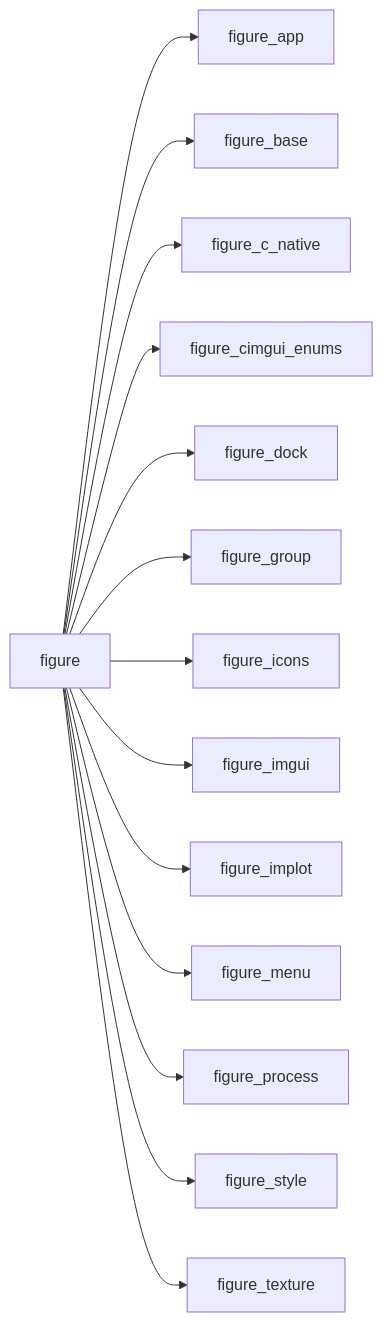
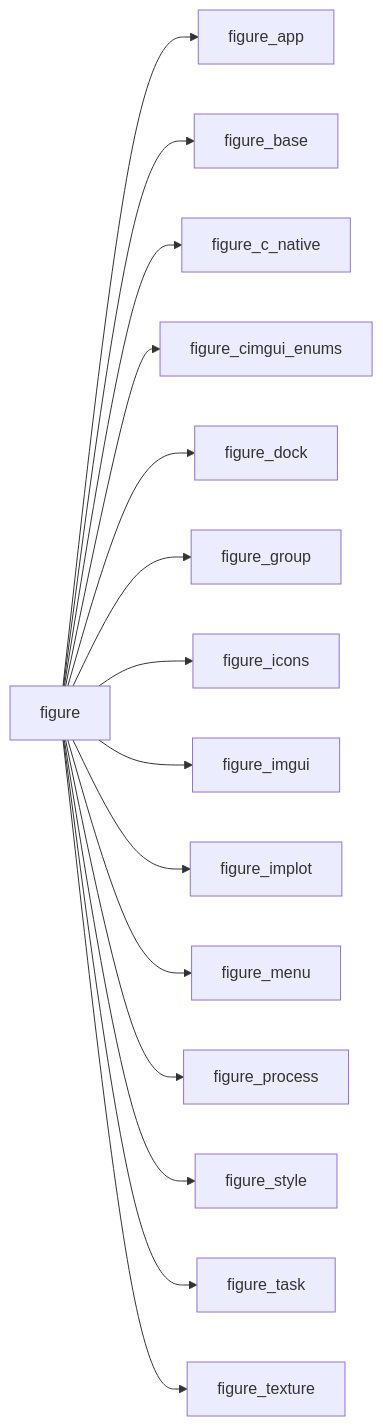
Before and after one commit to szaghi/figure: the diagram in docs/api/src/lib/figure.md, drawn with Mermaid. The commit also changed other lines of this file and 13 other files, not shown here.

````diff
--- a/docs/api/src/lib/figure.md
+++ b/docs/api/src/lib/figure.md
@@ -21,16 +22,17 @@
 ```mermaid
 graph LR
   figure["figure"] --> figure_app["figure_app"]
   figure["figure"] --> figure_base["figure_base"]
   figure["figure"] --> figure_c_native["figure_c_native"]
   figure["figure"] --> figure_cimgui_enums["figure_cimgui_enums"]
   figure["figure"] --> figure_dock["figure_dock"]
   figure["figure"] --> figure_group["figure_group"]
   figure["figure"] --> figure_icons["figure_icons"]
   figure["figure"] --> figure_imgui["figure_imgui"]
   figure["figure"] --> figure_implot["figure_implot"]
   figure["figure"] --> figure_menu["figure_menu"]
   figure["figure"] --> figure_process["figure_process"]
   figure["figure"] --> figure_style["figure_style"]
+  figure["figure"] --> figure_task["figure_task"]
   figure["figure"] --> figure_texture["figure_texture"]
 ```
````
